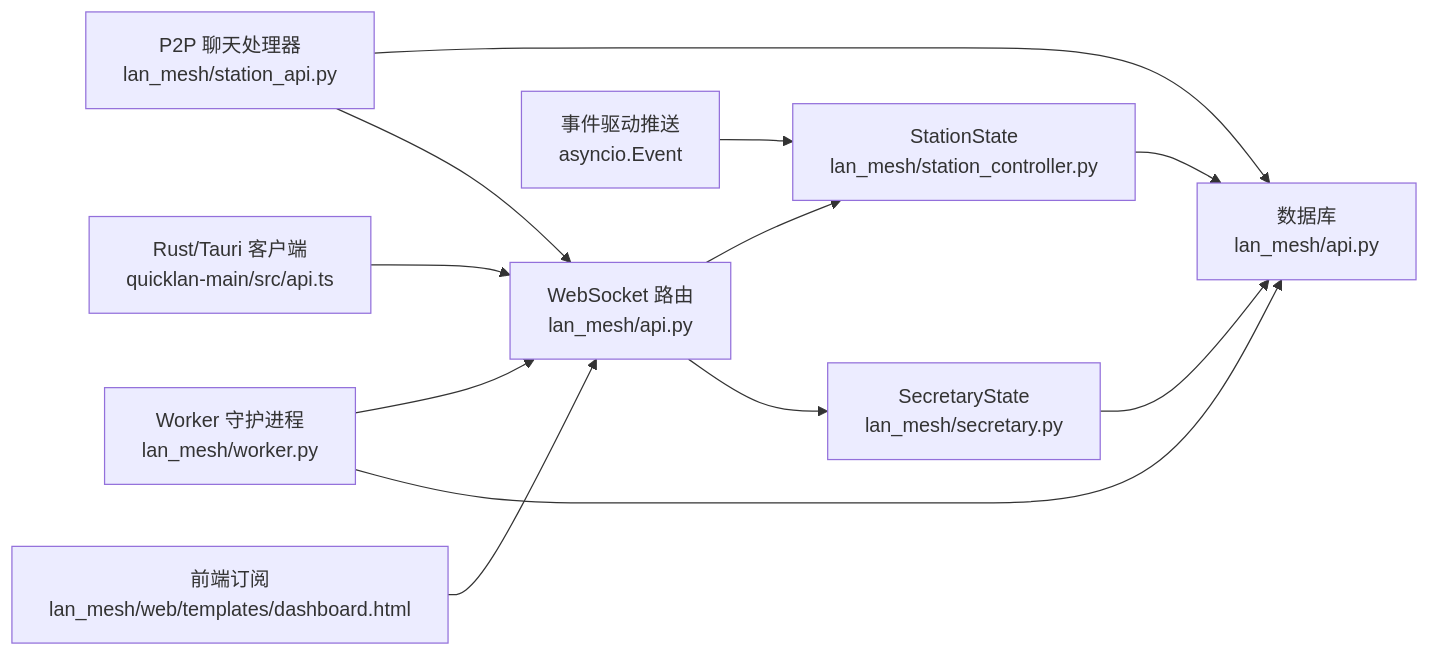
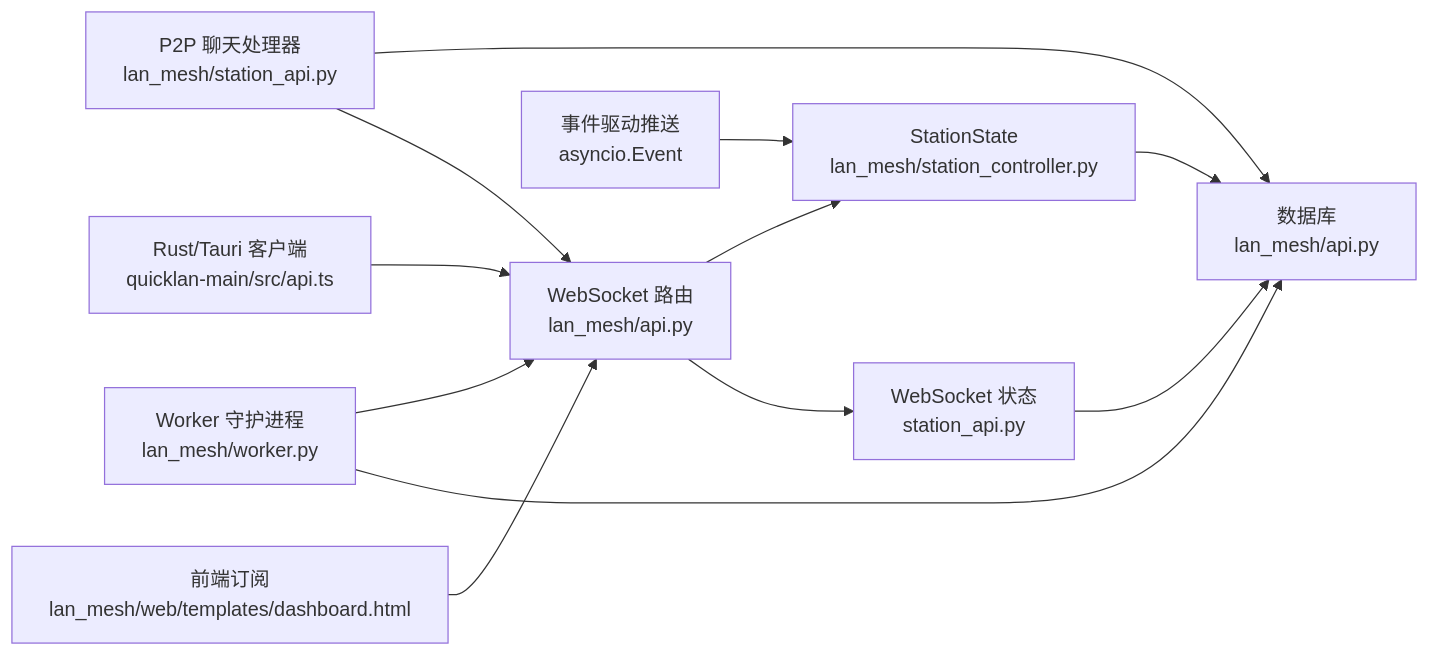
One commit to targalian/Personal-distributed-workstation changed the third of 4 diagrams in .qoder/repowiki/zh/content/WebSocket 实时通信.md. Above: the diagram before and after it, drawn with Mermaid. The commit also changed other lines of this file and 63 other files, not shown here.

Commit message:
docs(station): 同步 repo wiki 至 station_controller/station_api 架构

````diff
--- a/.qoder/repowiki/zh/content/WebSocket 实时通信.md
+++ b/.qoder/repowiki/zh/content/WebSocket 实时通信.md
@@ -329,14 +329,14 @@
 ```mermaid
 graph LR
-WS["WebSocket 路由<br/>lan_mesh/api.py"] --> SecState["SecretaryState<br/>lan_mesh/secretary.py"]
+WS["WebSocket 路由<br/>lan_mesh/api.py"] --> SecState["WebSocket 状态<br/>station_api.py"]
 WS --> StaState["StationState<br/>lan_mesh/station_controller.py"]
 SecState --> DB["数据库<br/>lan_mesh/api.py"]
 StaState --> DB
 Worker["Worker 守护进程<br/>lan_mesh/worker.py"] --> DB
 Worker --> WS
 UI["前端订阅<br/>lan_mesh/web/templates/dashboard.html"] --> WS
 Rust["Rust/Tauri 客户端<br/>quicklan-main/src/api.ts"] --> WS
 Event["事件驱动推送<br/>asyncio.Event"] --> StaState
 P2P["P2P 聊天处理器<br/>lan_mesh/station_api.py"] --> WS
 P2P --> DB
 ```
````
